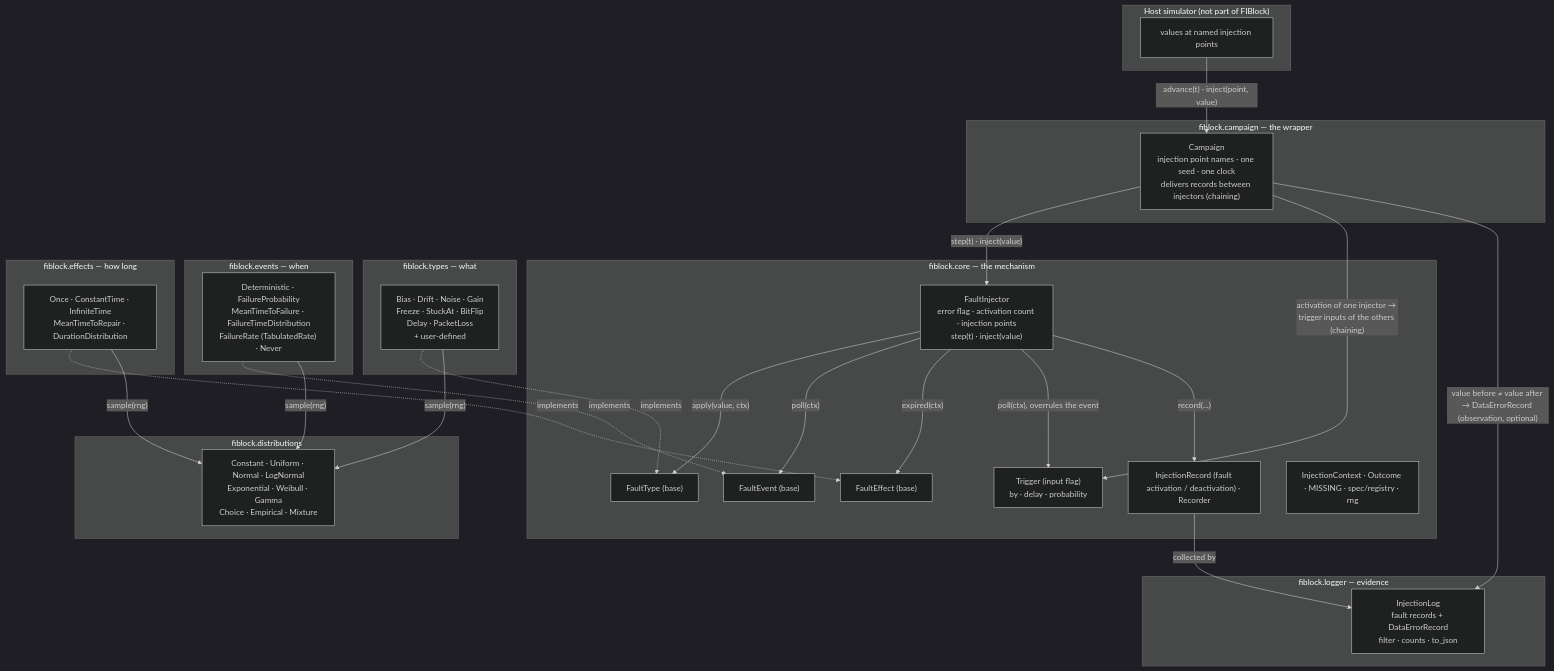
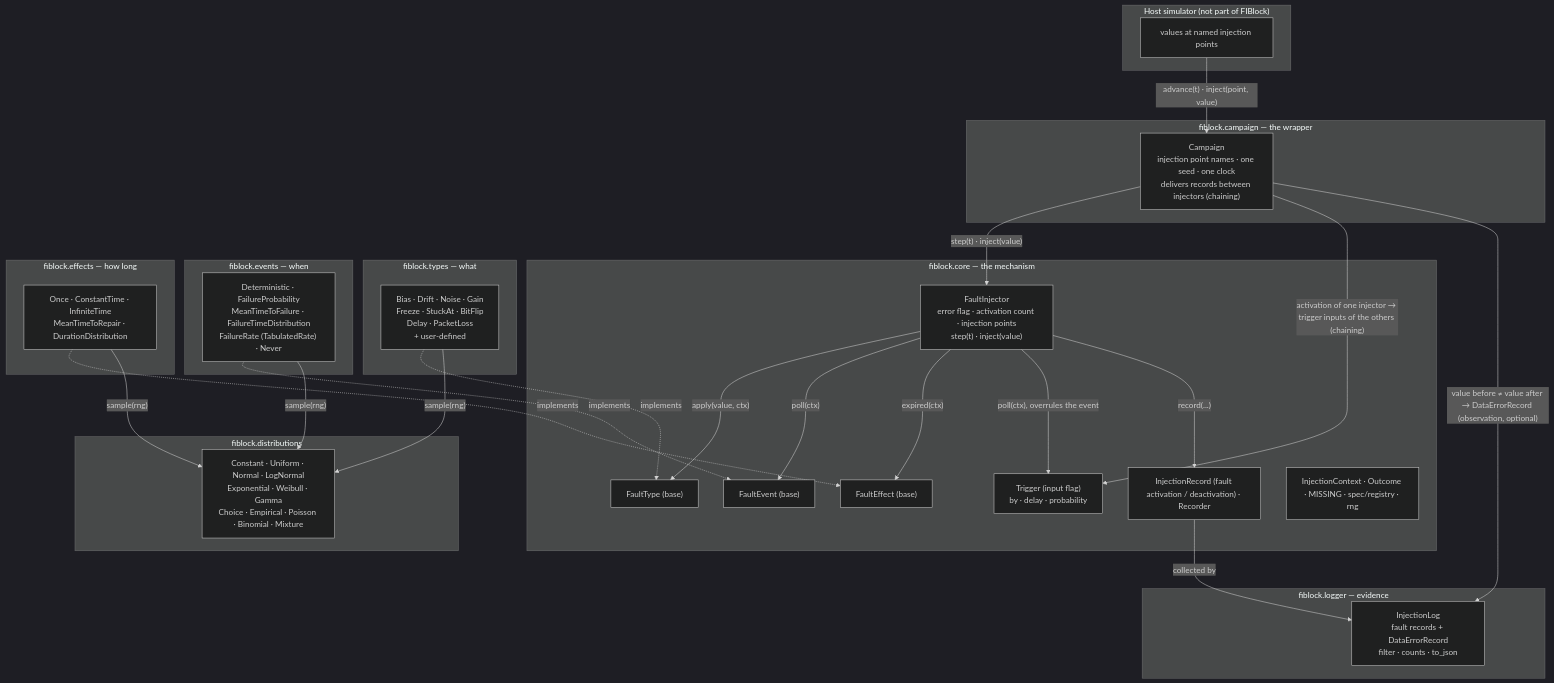
Before and after one commit to TagirFabarisov/FIBlock-Py: the diagram in docs/ARCHITECTURE.md, drawn with Mermaid (dark theme). The commit also changed 5 other files, not shown here.

Commit message:
Add Poisson and Binomial distributions

````diff
--- a/docs/ARCHITECTURE.md
+++ b/docs/ARCHITECTURE.md
@@ -15,53 +15,53 @@
 ```mermaid
 flowchart TB
     subgraph host["Host simulator (not part of FIBlock)"]
         H1["values at named injection points"]
     end
 
     subgraph campaign["fiblock.campaign — the wrapper"]
         C["Campaign<br/>injection point names · one seed · one clock<br/>delivers records between injectors (chaining)"]
     end
 
     subgraph core["fiblock.core — the mechanism"]
         I["FaultInjector<br/>error flag · activation count · injection points<br/>step(t) · inject(value)"]
         TR["Trigger (input flag)<br/>by · delay · probability"]
         BT["FaultType (base)"]
         BE["FaultEvent (base)"]
         BF["FaultEffect (base)"]
         R["InjectionRecord (fault activation / deactivation) · Recorder"]
         X["InjectionContext · Outcome · MISSING · spec/registry · rng"]
     end
 
     subgraph types["fiblock.types — what"]
         T["Bias · Drift · Noise · Gain<br/>Freeze · StuckAt · BitFlip<br/>Delay · PacketLoss<br/>+ user-defined"]
     end
     subgraph events["fiblock.events — when"]
         E["Deterministic · FailureProbability<br/>MeanTimeToFailure · FailureTimeDistribution<br/>FailureRate (TabulatedRate) · Never"]
     end
     subgraph effects["fiblock.effects — how long"]
         F["Once · ConstantTime · InfiniteTime<br/>MeanTimeToRepair · DurationDistribution"]
     end
     subgraph dist["fiblock.distributions"]
-        D["Constant · Uniform · Normal · LogNormal<br/>Exponential · Weibull · Gamma<br/>Choice · Empirical · Mixture"]
+        D["Constant · Uniform · Normal · LogNormal<br/>Exponential · Weibull · Gamma<br/>Choice · Empirical · Poisson · Binomial · Mixture"]
     end
     subgraph logger["fiblock.logger — evidence"]
         L["InjectionLog<br/>fault records + DataErrorRecord<br/>filter · counts · to_json"]
     end
 
     H1 -- "advance(t) · inject(point, value)" --> C
     C -- "step(t) · inject(value)" --> I
     I -- "apply(value, ctx)" --> BT
     I -- "poll(ctx)" --> BE
     I -- "expired(ctx)" --> BF
     I -- "poll(ctx), overrules the event" --> TR
     T -. implements .-> BT
     E -. implements .-> BE
     F -. implements .-> BF
     E -- "sample(rng)" --> D
     F -- "sample(rng)" --> D
     T -- "sample(rng)" --> D
     I -- "record(...)" --> R
     R -- "collected by" --> L
     C -- "activation of one injector → trigger inputs of the others (chaining)" --> TR
     C -- "value before ≠ value after → DataErrorRecord (observation, optional)" --> L
 ```
````
